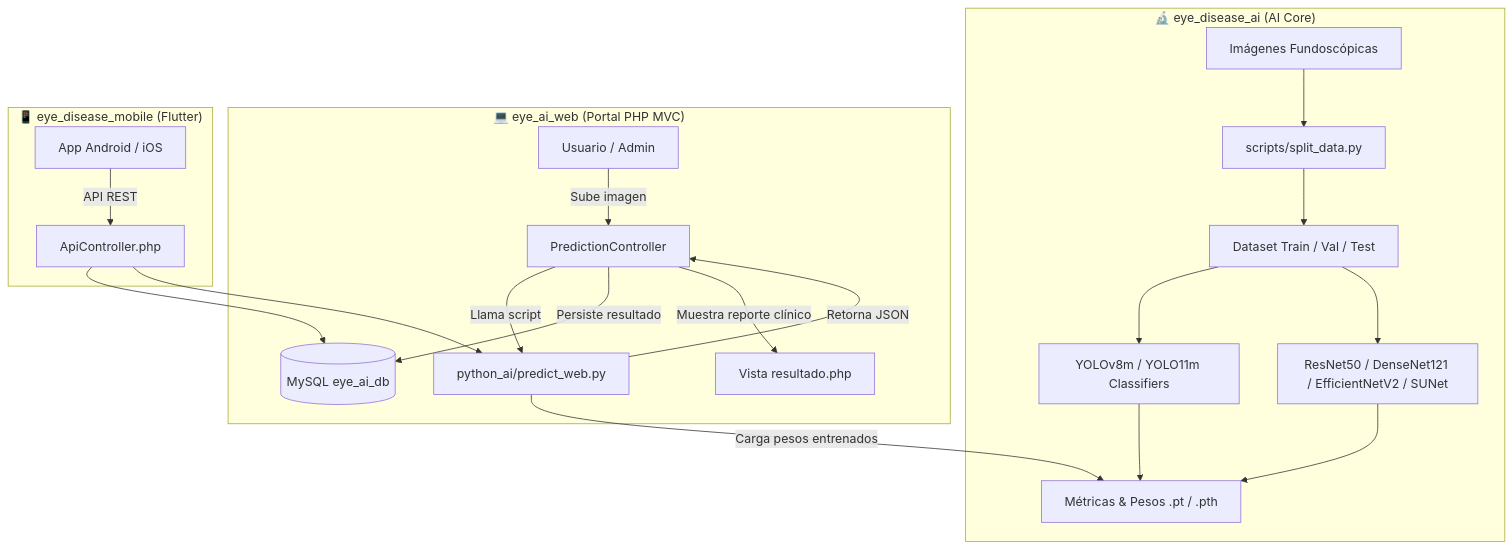
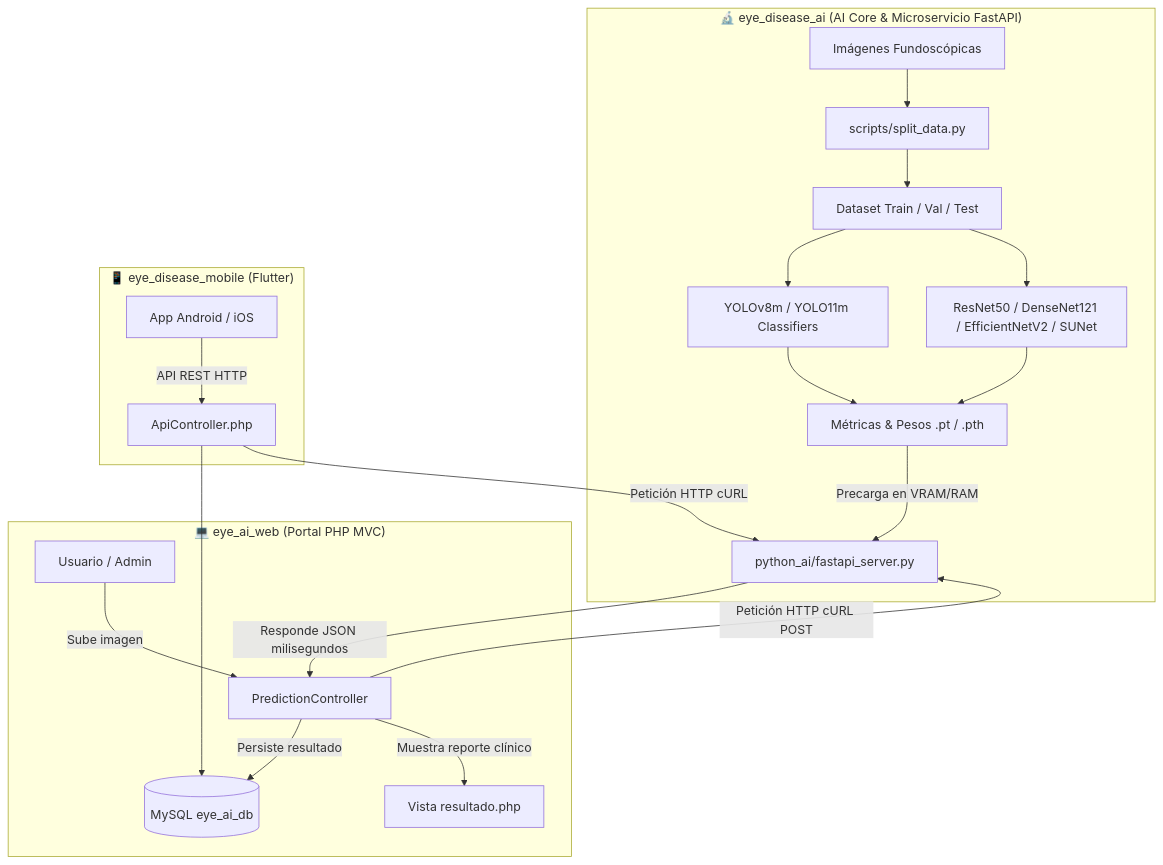
One commit to brayner573/EYES-DISAESE changed the diagram in README.md. Above: the diagram before and after it, drawn with Mermaid. The commit also changed other lines of this file and 22 other files, not shown here.

Commit message:
feat(architecture): migrar inferencia a microservicio FastAPI con cliente HTTP cURL

````diff
--- a/README.md
+++ b/README.md
@@ -19,26 +19,26 @@
 ```mermaid
 graph TD
-    subgraph AI["🔬 eye_disease_ai (AI Core)"]
+    subgraph AI["🔬 eye_disease_ai (AI Core & Microservicio FastAPI)"]
         A[Imágenes Fundoscópicas] --> B[scripts/split_data.py]
         B --> C[Dataset Train / Val / Test]
         C --> D[YOLOv8m / YOLO11m Classifiers]
         C --> E[ResNet50 / DenseNet121 / EfficientNetV2 / SUNet]
         D --> F[Métricas & Pesos .pt / .pth]
         E --> F
+        F -->|Precarga en VRAM/RAM| FASTAPI[python_ai/fastapi_server.py]
     end
 
     subgraph Web["💻 eye_ai_web (Portal PHP MVC)"]
         G[Usuario / Admin] -->|Sube imagen| H[PredictionController]
-        H -->|Llama script| I[python_ai/predict_web.py]
-        I -->|Carga pesos entrenados| F
-        I -->|Retorna JSON| H
+        H -->|Petición HTTP cURL POST| FASTAPI
+        FASTAPI -->|Responde JSON milisegundos| H
         H -->|Persiste resultado| J[(MySQL eye_ai_db)]
         H -->|Muestra reporte clínico| K[Vista resultado.php]
     end
 
     subgraph Mobile["📱 eye_disease_mobile (Flutter)"]
-        L[App Android / iOS] -->|API REST| M[ApiController.php]
+        L[App Android / iOS] -->|API REST HTTP| M[ApiController.php]
         M --> J
-        M --> I
+        M -->|Petición HTTP cURL| FASTAPI
     end
 ```
````
